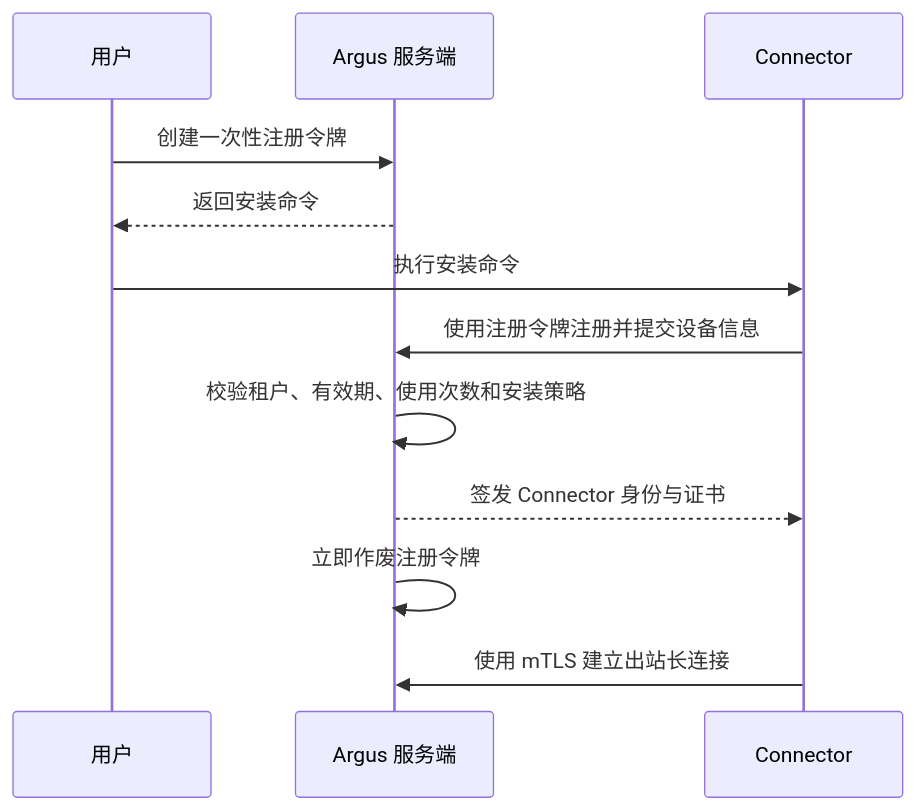
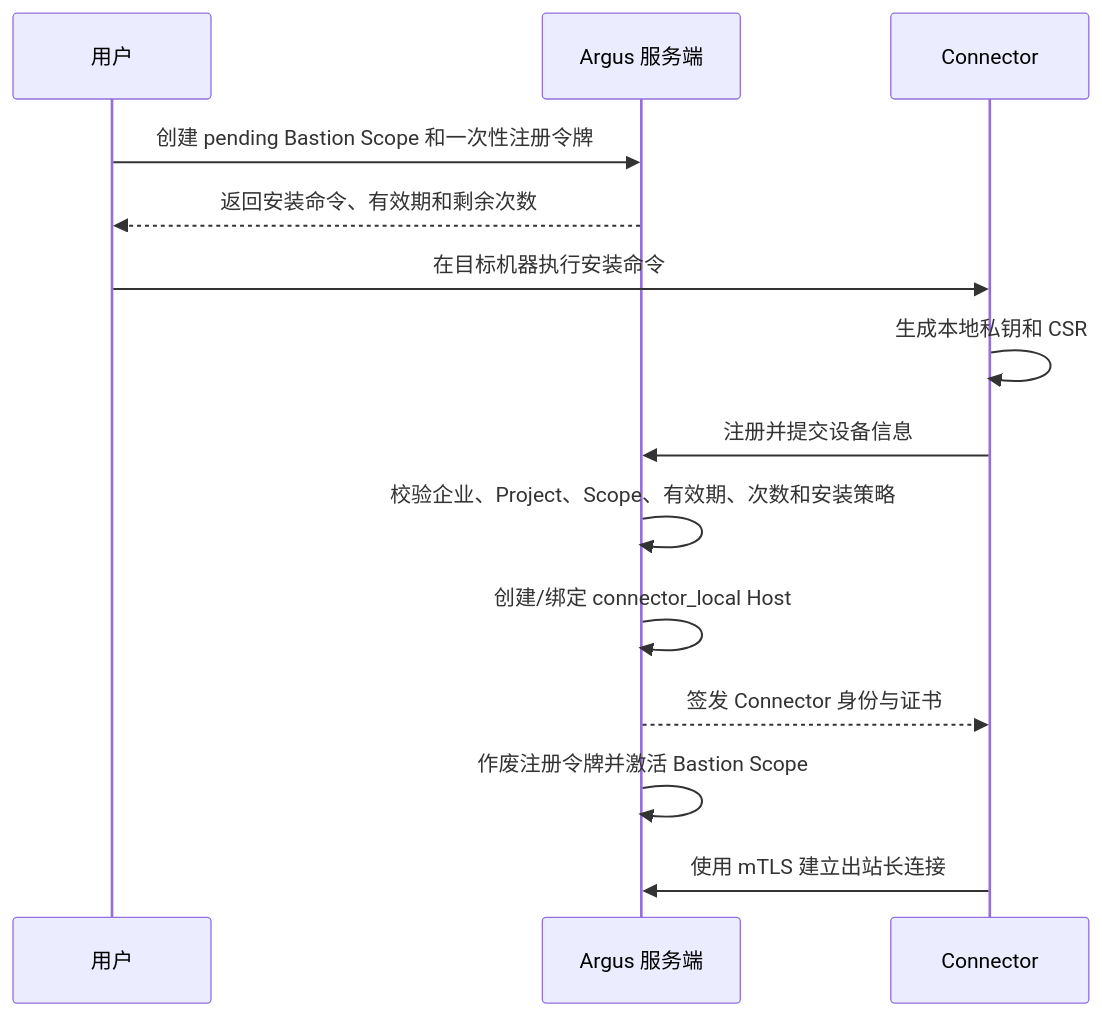
One commit to kakj-go/Argus changed the first of 4 diagrams in docs/03-connectors-and-resources.md. Above: the diagram before and after it, drawn with Mermaid. The commit also changed other lines of this file and 302 other files, not shown here.

````diff
--- a/docs/03-connectors-and-resources.md
+++ b/docs/03-connectors-and-resources.md
@@ -19,15 +102,17 @@
 ```mermaid
 sequenceDiagram
     participant U as 用户
     participant S as Argus 服务端
     participant C as Connector
 
-    U->>S: 创建一次性注册令牌
-    S-->>U: 返回安装命令
-    U->>C: 执行安装命令
-    C->>S: 使用注册令牌注册并提交设备信息
-    S->>S: 校验租户、有效期、使用次数和安装策略
+    U->>S: 创建 pending Bastion Scope 和一次性注册令牌
+    S-->>U: 返回安装命令、有效期和剩余次数
+    U->>C: 在目标机器执行安装命令
+    C->>C: 生成本地私钥和 CSR
+    C->>S: 注册并提交设备信息
+    S->>S: 校验企业、Project、Scope、有效期、次数和安装策略
+    S->>S: 创建/绑定 connector_local Host
     S-->>C: 签发 Connector 身份与证书
-    S->>S: 立即作废注册令牌
+    S->>S: 作废注册令牌并激活 Bastion Scope
     C->>S: 使用 mTLS 建立出站长连接
 ```
````
